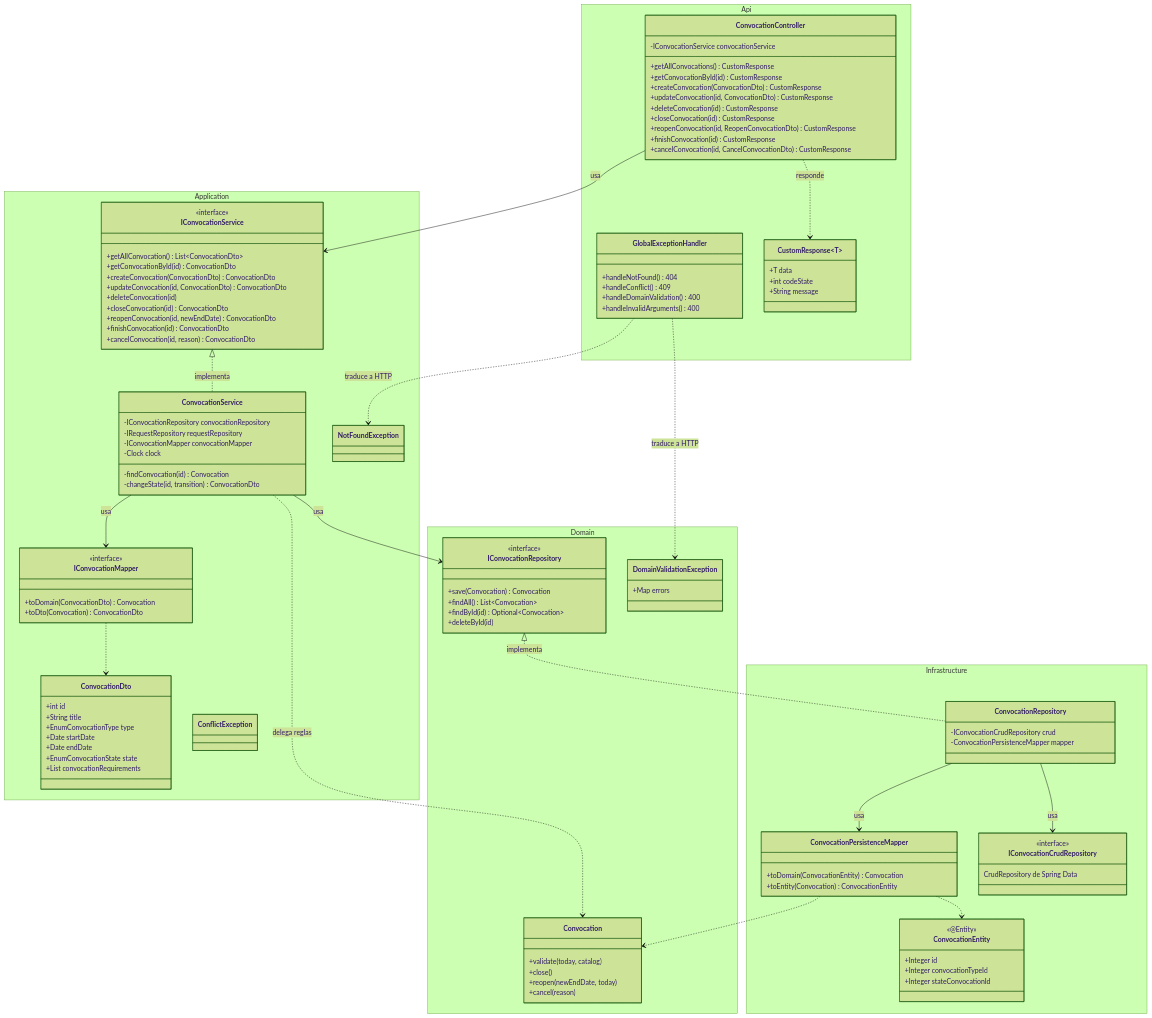
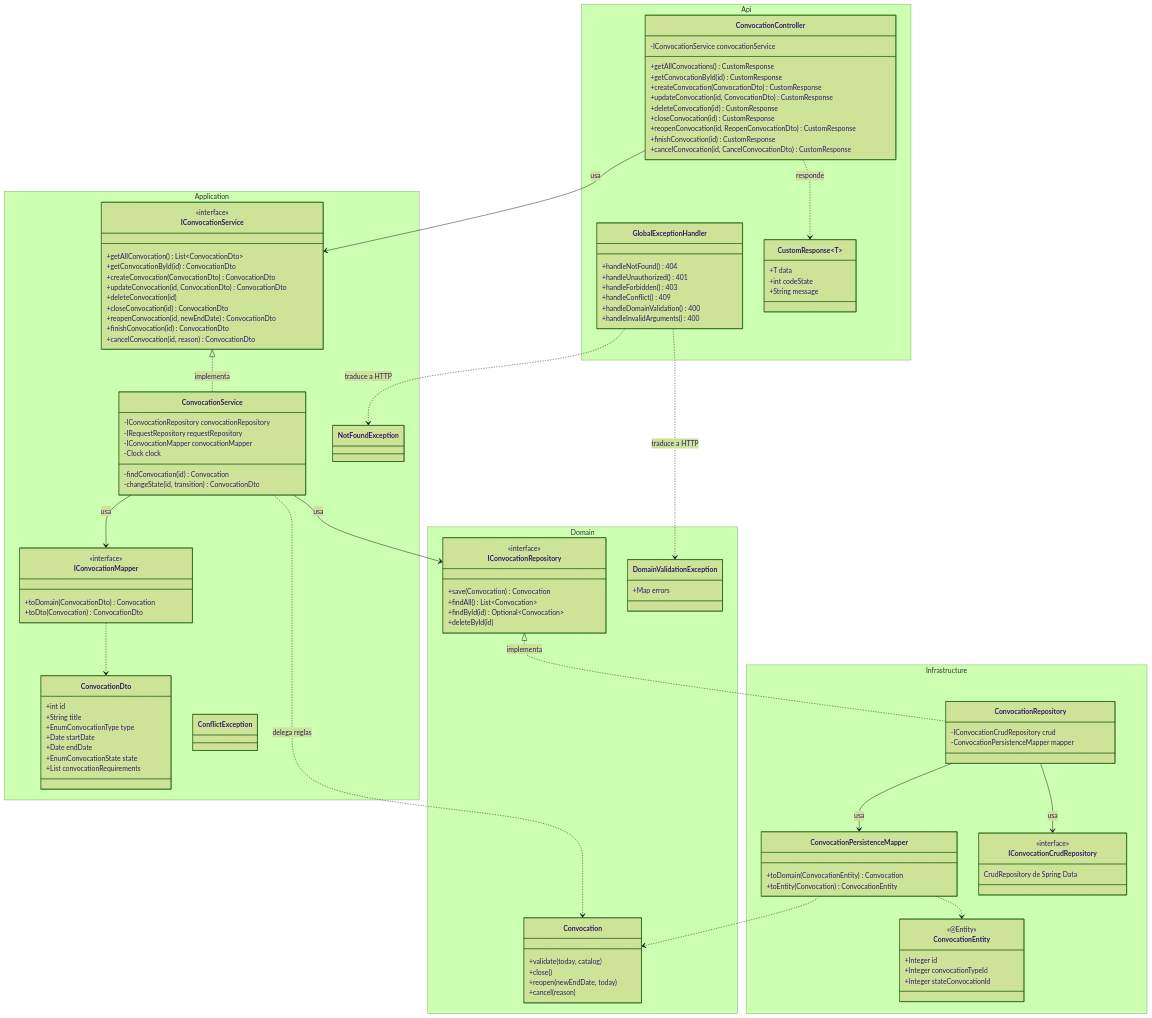
Before and after one commit to SemilleroSOLID/clean-architecture-api: the first of 4 diagrams in diagramas/diagrama-clases.md, drawn with Mermaid (forest theme). The commit also changed other lines of this file and 4 other files, not shown here.

Commit message:
docs: sequence diagrams by layers with the domain for the six use cases, entity-relationship, deployment and updated class diagrams, published in the wiki (closes #28)

```diff
--- a/diagramas/diagrama-clases.md
+++ b/diagramas/diagrama-clases.md
@@ -29,6 +31,8 @@
         }
         class GlobalExceptionHandler {
             +handleNotFound() 404
+            +handleUnauthorized() 401
+            +handleForbidden() 403
             +handleConflict() 409
             +handleDomainValidation() 400
             +handleInvalidArguments() 400
```
